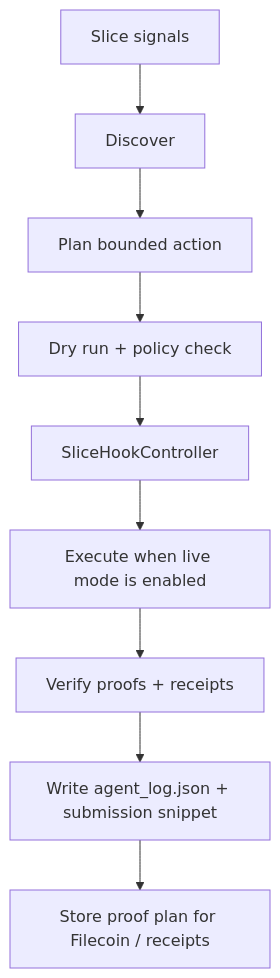
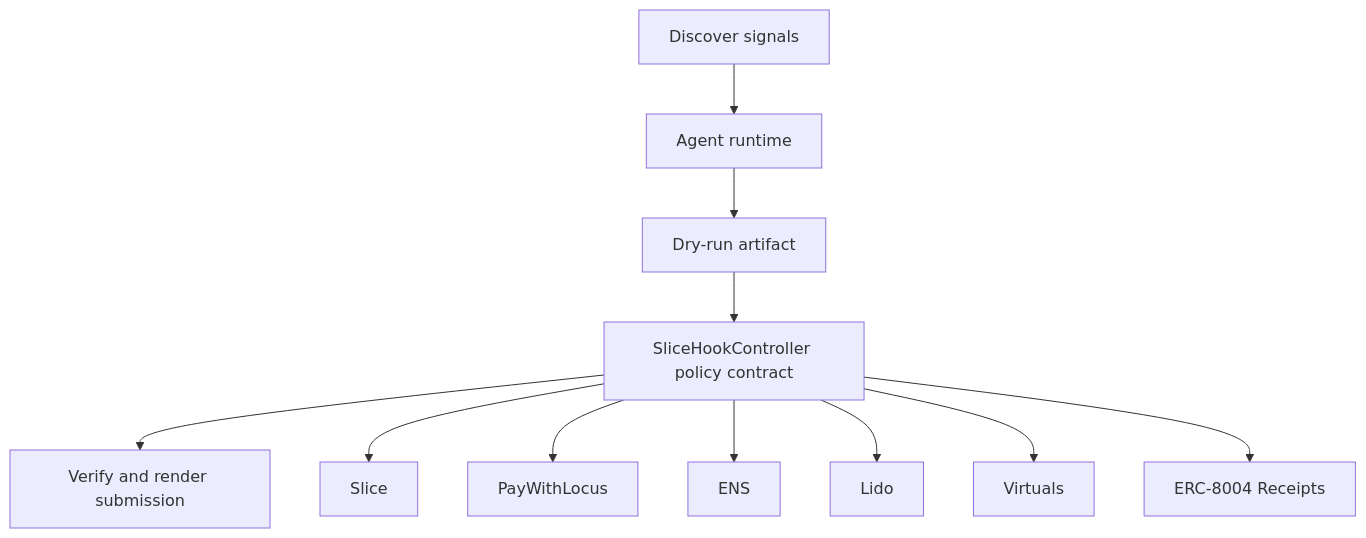
One commit to CrystallineButterfly/Synthesis-Slice changed the diagram in docs/architecture.mmd. Above: the diagram before and after it, drawn with Mermaid. The commit also changed 998 other files, not shown here.

Commit message:
Implement bounded agent runtime

```diff
--- a/docs/architecture.mmd
+++ b/docs/architecture.mmd
@@ -1,9 +1,13 @@
 flowchart TD
-    Signals[Slice signals] --> Discover[Discover]
-    Discover --> Plan[Plan bounded action]
-    Plan --> DryRun[Dry run + policy check]
-    DryRun --> Guard[SliceHookController]
-    Guard --> Execute[Execute when live mode is enabled]
-    Execute --> Verify[Verify proofs + receipts]
-    Verify --> Persist[Write agent_log.json + submission snippet]
-    Persist --> Storage[Store proof plan for Filecoin / receipts]
+    Signals[Discover signals]
+    Planner[Agent runtime]
+    DryRun[Dry-run artifact]
+    Contract[SliceHookController policy contract]
+    Verify[Verify and render submission]
+    Signals --> Planner --> DryRun --> Contract --> Verify
+    Contract --> slice[Slice]
+    Contract --> paywithlocus[PayWithLocus]
+    Contract --> ens[ENS]
+    Contract --> lido[Lido]
+    Contract --> virtuals[Virtuals]
+    Contract --> erc_8004_receipts[ERC-8004 Receipts]
```
